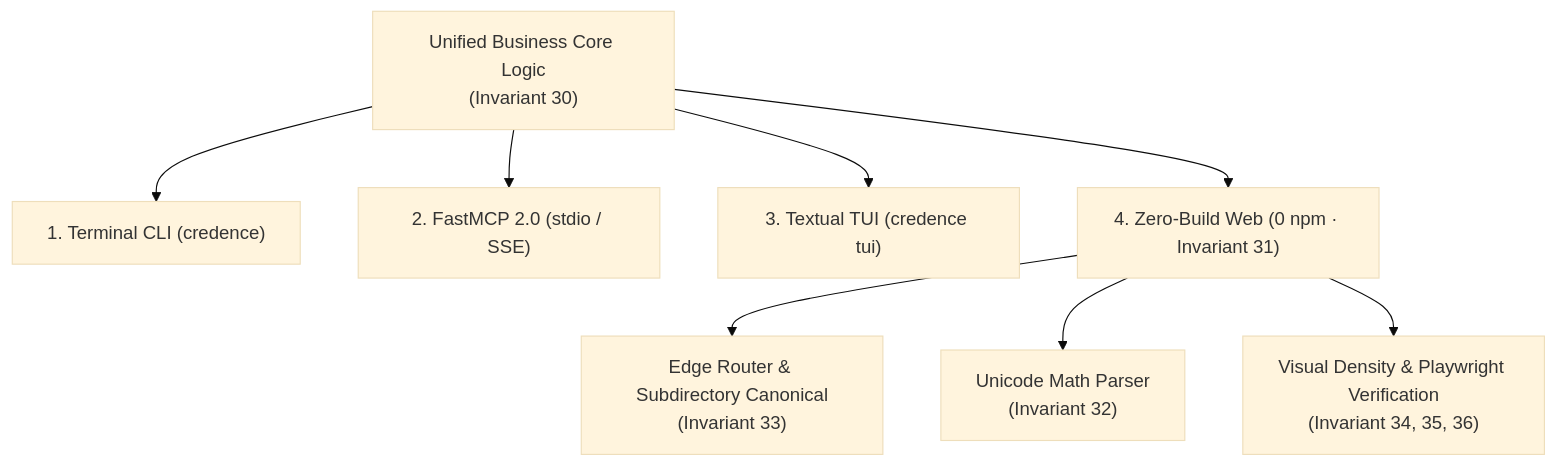
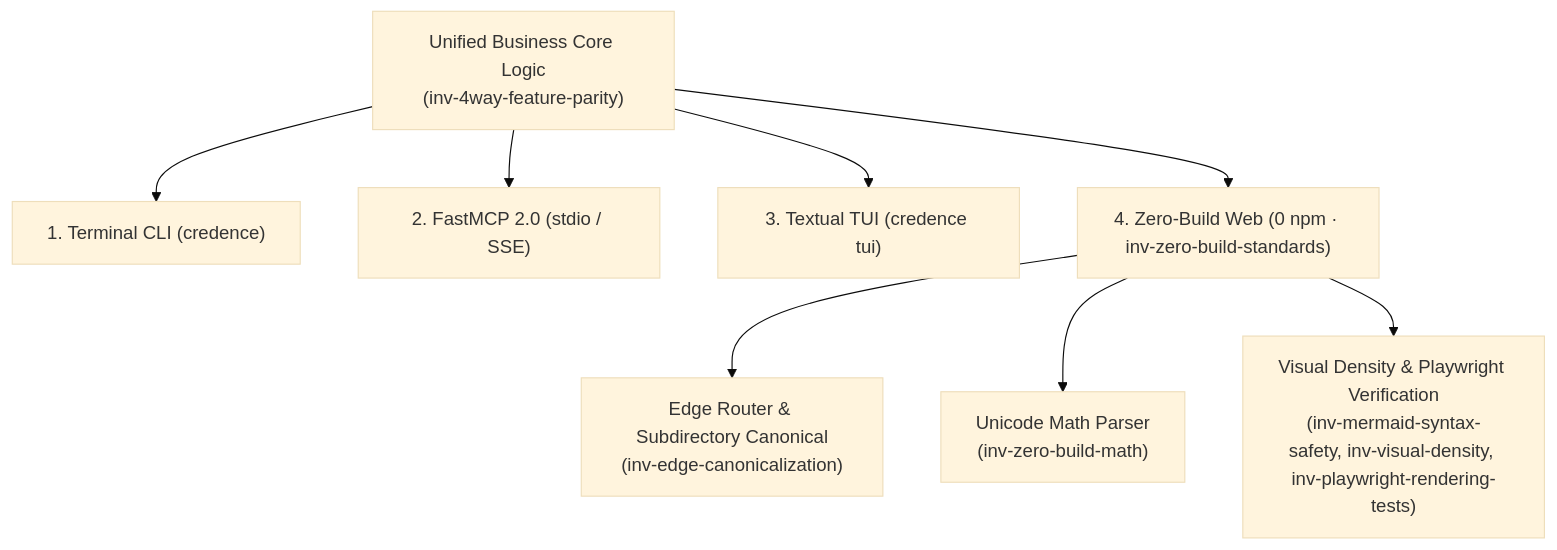
One commit to artibyrd/credence-docs changed the fourth of 4 diagrams in docs/invariants.md. Above: the diagram before and after it, drawn with Mermaid (base theme). The commit also changed other lines of this file and 3 other files, not shown here.

````diff
--- a/docs/invariants.md
+++ b/docs/invariants.md
@@ -227,11 +256,11 @@
 ```mermaid
 flowchart TD
-    Core["Unified Business Core Logic<br/>(Invariant 30)"] --> CLI["1. Terminal CLI (credence)"]
+    Core["Unified Business Core Logic<br/>(inv-4way-feature-parity)"] --> CLI["1. Terminal CLI (credence)"]
     Core --> FastMCP["2. FastMCP 2.0 (stdio / SSE)"]
     Core --> TUI["3. Textual TUI (credence tui)"]
-    Core --> Web["4. Zero-Build Web (0 npm · Invariant 31)"]
+    Core --> Web["4. Zero-Build Web (0 npm · inv-zero-build-standards)"]
     
-    Web --> Router["Edge Router & Subdirectory Canonical<br/>(Invariant 33)"]
-    Web --> Math["Unicode Math Parser<br/>(Invariant 32)"]
-    Web --> Density["Visual Density & Playwright Verification<br/>(Invariant 34, 35, 36)"]
+    Web --> Router["Edge Router & Subdirectory Canonical<br/>(inv-edge-canonicalization)"]
+    Web --> Math["Unicode Math Parser<br/>(inv-zero-build-math)"]
+    Web --> Density["Visual Density & Playwright Verification<br/>(inv-mermaid-syntax-safety, inv-visual-density, inv-playwright-rendering-tests)"]
 ```
````
